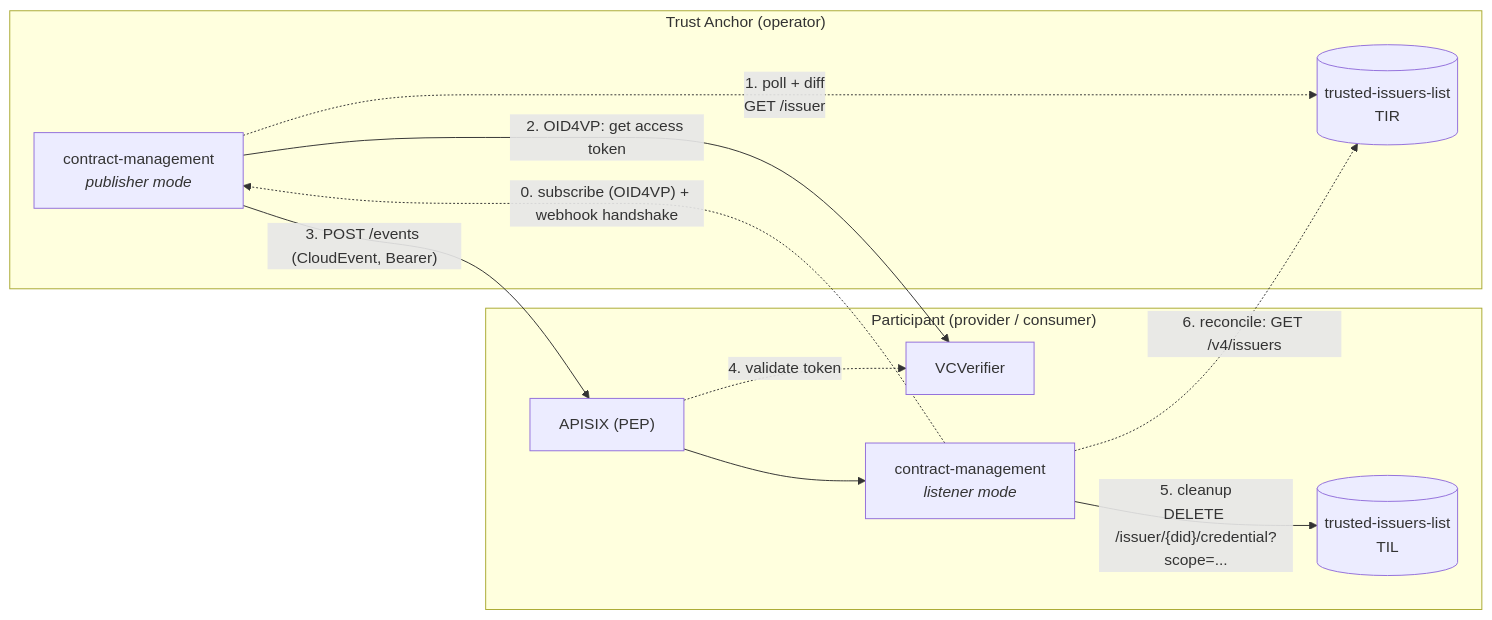
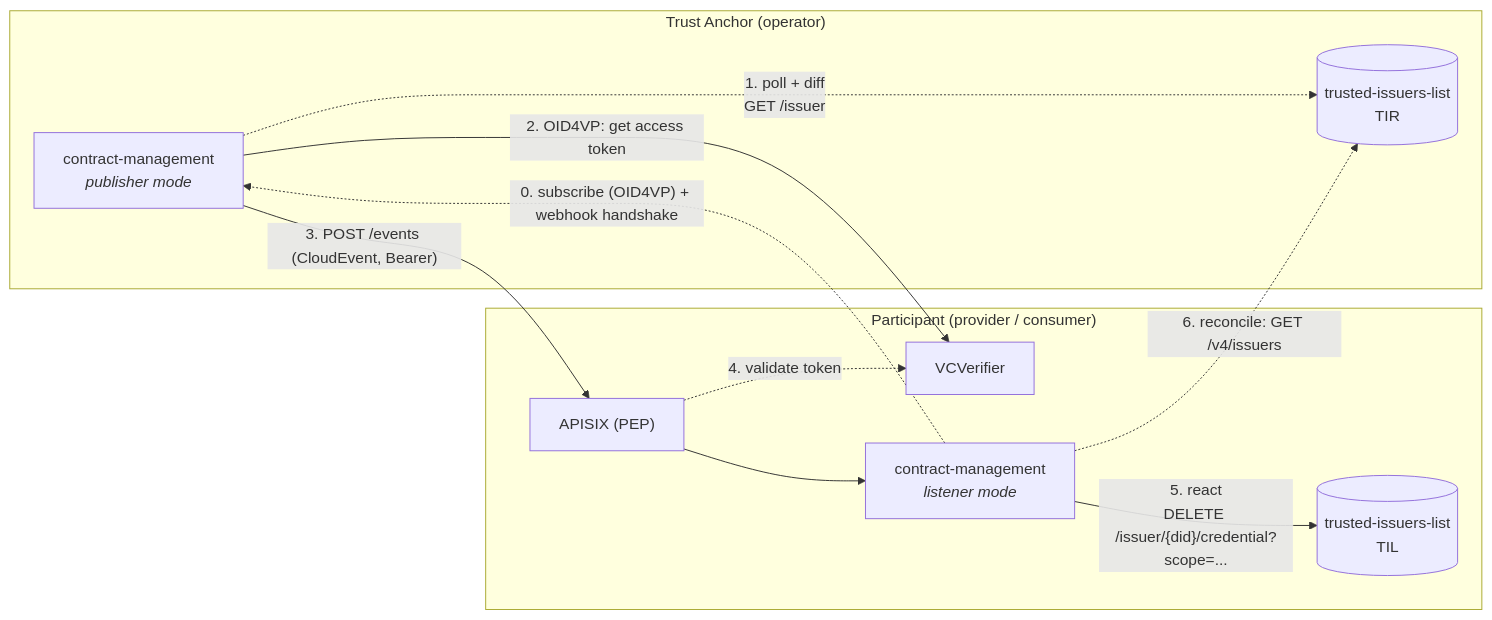
The diagram in doc/eventing/architecture.md (FIWARE/data-space-connector), drawn with Mermaid before and after one commit. The commit also changed other lines of this file and 22 other files, not shown here.

````diff
--- a/doc/eventing/architecture.md
+++ b/doc/eventing/architecture.md
@@ -98,23 +80,23 @@
 ```mermaid
 flowchart LR
     subgraph TA["Trust Anchor (operator)"]
         TIR[("trusted-issuers-list<br/>TIR")]
         PUB["contract-management<br/><i>publisher mode</i>"]
         PUB -. "1. poll + diff<br/>GET /issuer" .-> TIR
     end
 
     subgraph P["Participant (provider / consumer)"]
         PEP["APISIX (PEP)"]
         VER["VCVerifier"]
         CM["contract-management<br/><i>listener mode</i>"]
         TIL[("trusted-issuers-list<br/>TIL")]
         PEP --> CM
         PEP -. "4. validate token" .-> VER
-        CM -- "5. cleanup<br/>DELETE /issuer/{did}/credential?scope=..." --> TIL
+        CM -- "5. react<br/>DELETE /issuer/{did}/credential?scope=..." --> TIL
     end
 
     CM -. "0. subscribe (OID4VP) + webhook handshake" .-> PUB
     PUB -- "2. OID4VP: get access token" --> VER
     PUB -- "3. POST /events (CloudEvent, Bearer)" --> PEP
     CM -. "6. reconcile: GET /v4/issuers" .-> TIR
 ```
````
